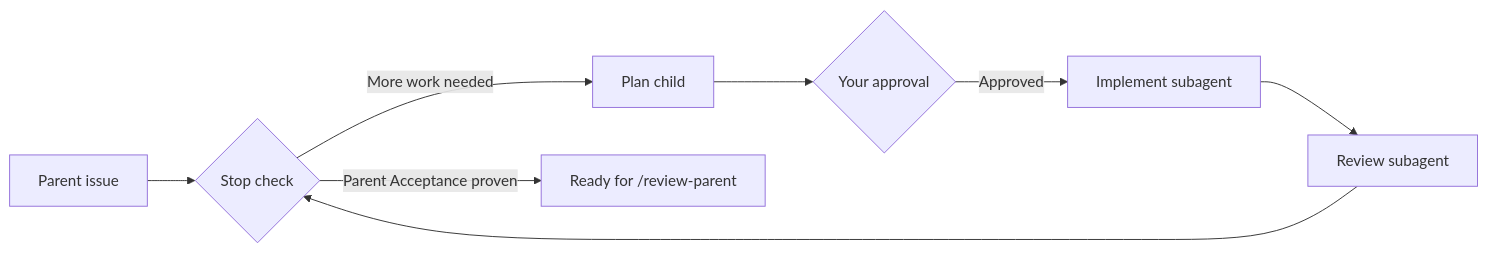
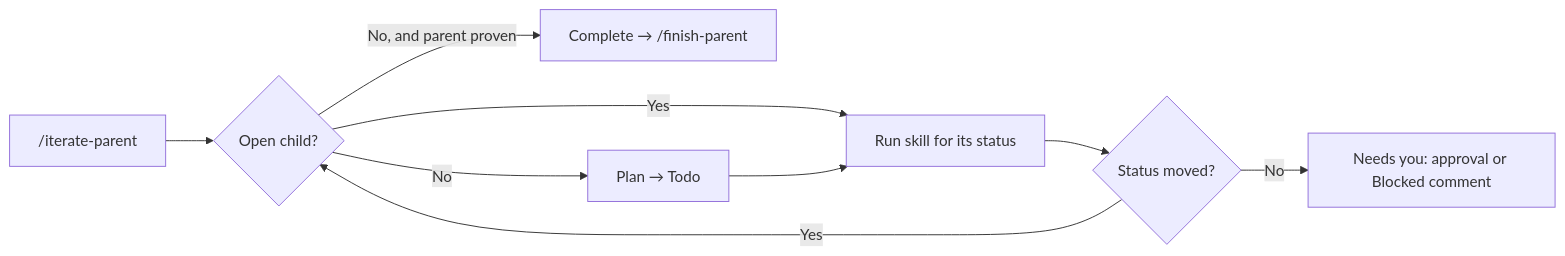
One commit to thomas-silva/iterate changed the diagram in README.md. Above: the diagram before and after it, drawn with Mermaid. The commit also changed other lines of this file and 10 other files, not shown here.

First line of the commit message:
Make Linear status the only loop signal and merge parent skills

````diff
--- a/README.md
+++ b/README.md
@@ -11,10 +24,11 @@
 ```mermaid
 flowchart LR
-    Parent["Parent issue"] --> Check{"Stop check"}
-    Check -->|More work needed| Plan["Plan child"]
-    Plan --> Approval{"Your approval"}
-    Approval -->|Approved| Implement["Implement subagent"]
-    Implement --> Review["Review subagent"]
-    Review --> Check
-    Check -->|Parent Acceptance proven| Done["Ready for /review-parent"]
+    Start["/iterate-parent"] --> Open{"Open child?"}
+    Open -->|No, and parent proven| Complete["Complete → /finish-parent"]
+    Open -->|No| Plan["Plan → Todo"]
+    Open -->|Yes| Run["Run skill for its status"]
+    Plan --> Run
+    Run --> Moved{"Status moved?"}
+    Moved -->|Yes| Open
+    Moved -->|No| Needs["Needs you: approval or Blocked comment"]
 ```
````
